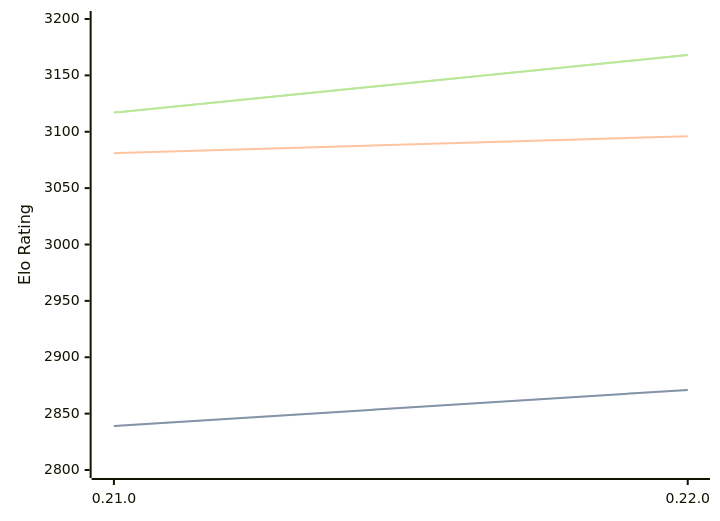
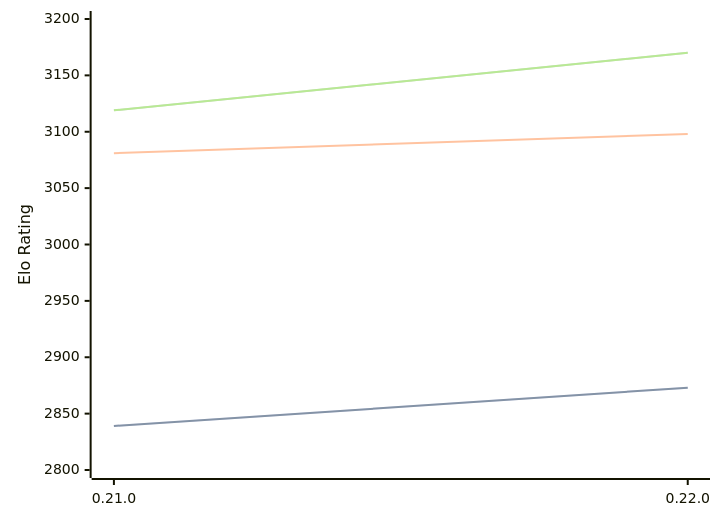
One commit to computer-chess-index/cci changed the diagram in engines/Princhess.md. Above: the diagram before and after it, drawn with Mermaid. The commit also changed other lines of this file, not shown here.

Commit message:
Update CCI Ratings (ELO VLTC) - 2026-09-16

````diff
--- a/engines/Princhess.md
+++ b/engines/Princhess.md
@@ -32,11 +32,11 @@
 ```mermaid
 %%{init: {"theme":"base","themeVariables":{"seriesColors:['#a3a3a3','#222221','#faa371']}}}%%
 xychart-beta
   x-axis ["0.21.0", "0.22.0"]
   y-axis "Elo Rating" 2800 --> 3200
-  line "" [2839, 2871]
-  line "STC (8.0+0.08s)" [2839, 2871]
-  line "LTC (60.0+0.60s)" [3081, 3096]
-  line "" [3117, 3168]
-  line "VLTC (2m24s+1.12s)" [3117, 3168]
+  line "" [2839, 2873]
+  line "STC (8.0+0.08s)" [2839, 2873]
+  line "LTC (60.0+0.60s)" [3081, 3098]
+  line "" [3119, 3170]
+  line "VLTC (2m24s+1.12s)" [3119, 3170]
 ```
````
